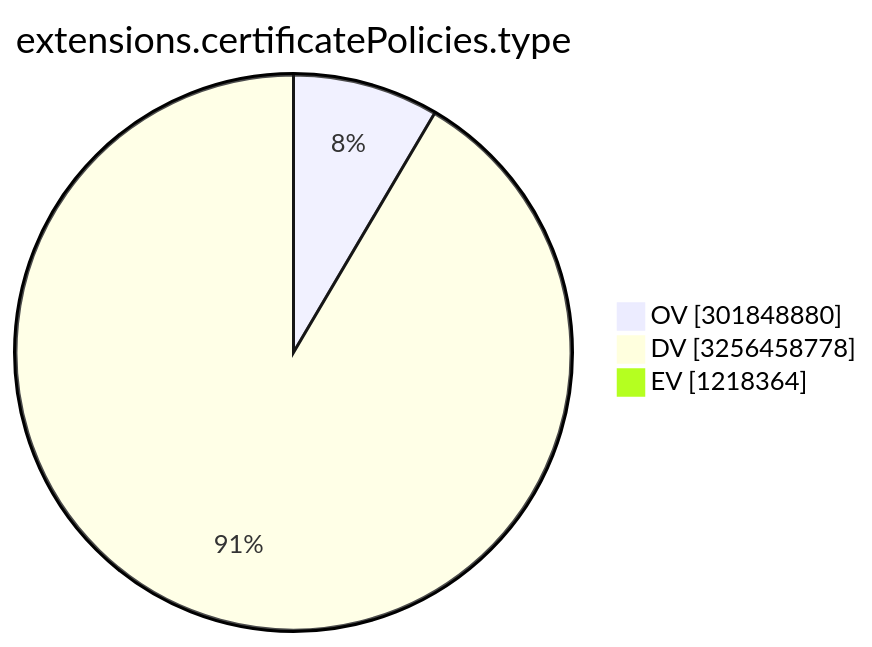
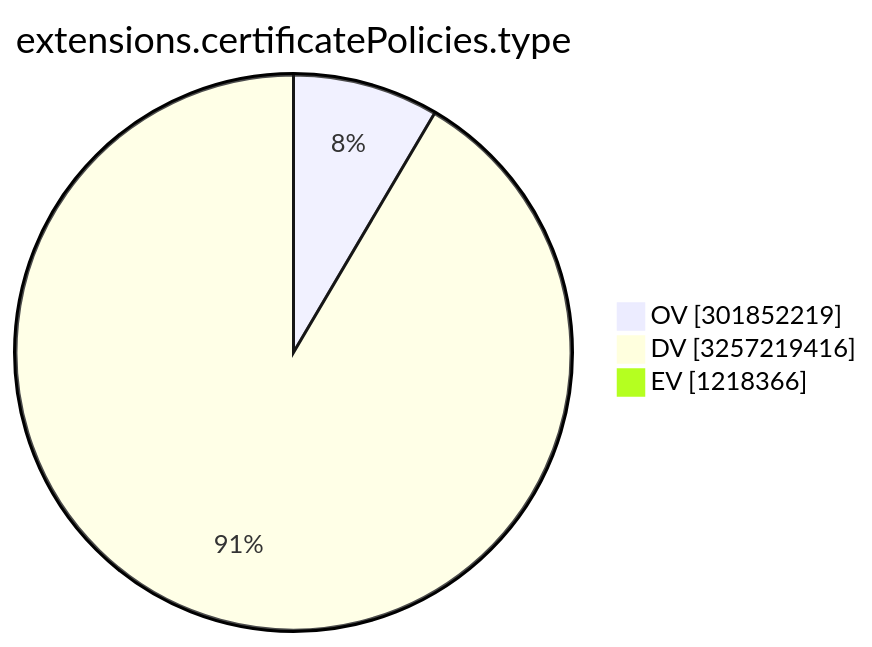
One commit to christiankrug/ctmonitor_visualization changed the ninth of 15 diagrams in TOTAL/README.md. Above: the diagram before and after it, drawn with Mermaid. The commit also changed other lines of this file, not shown here.

````diff
--- a/TOTAL/README.md
+++ b/TOTAL/README.md
@@ -3107,7 +3107,7 @@
 ```mermaid
 pie showData
 title extensions.certificatePolicies.type
-"OV" :301848880
-"DV" :3256458778
-"EV" :1218364
+"OV" :301852219
+"DV" :3257219416
+"EV" :1218366
 ```
````
